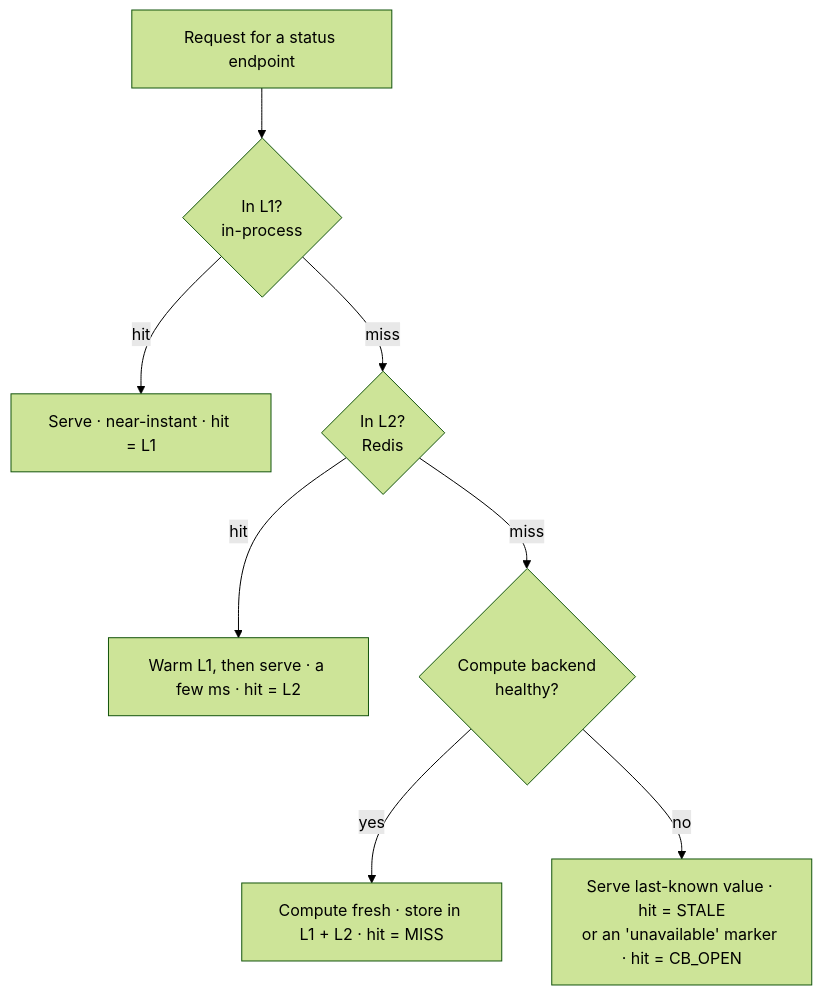
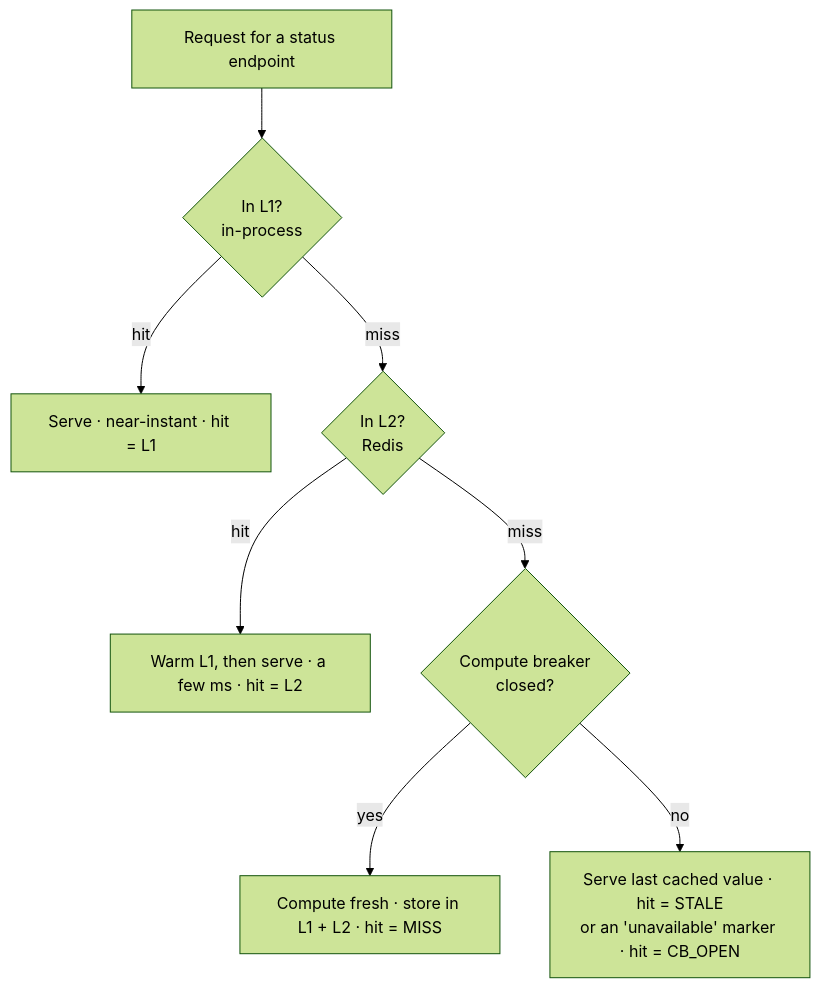
The diagram in docs/concepts/oss/precomputed-cache.md (baldurhq/baldur), drawn with Mermaid (forest theme) before and after one commit. The commit also changed other lines of this file and 7 other files, not shown here.

````diff
--- a/docs/concepts/oss/precomputed-cache.md
+++ b/docs/concepts/oss/precomputed-cache.md
@@ -53,10 +53,10 @@
 ```mermaid
 flowchart TD
     R[Request for a status endpoint] --> L1{In L1?<br/>in-process}
     L1 -->|hit| S1[Serve · near-instant · hit = L1]
     L1 -->|miss| L2{In L2?<br/>Redis}
     L2 -->|hit| S2[Warm L1, then serve · a few ms · hit = L2]
-    L2 -->|miss| CB{Compute backend<br/>healthy?}
+    L2 -->|miss| CB{Compute breaker<br/>closed?}
     CB -->|yes| C[Compute fresh · store in L1 + L2 · hit = MISS]
-    CB -->|no| F[Serve last-known value · hit = STALE<br/>or an 'unavailable' marker · hit = CB_OPEN]
+    CB -->|no| F[Serve last cached value · hit = STALE<br/>or an 'unavailable' marker · hit = CB_OPEN]
 ```
````
